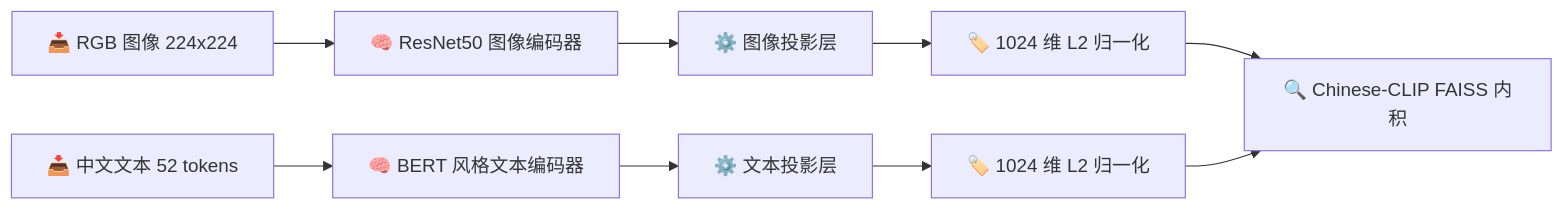
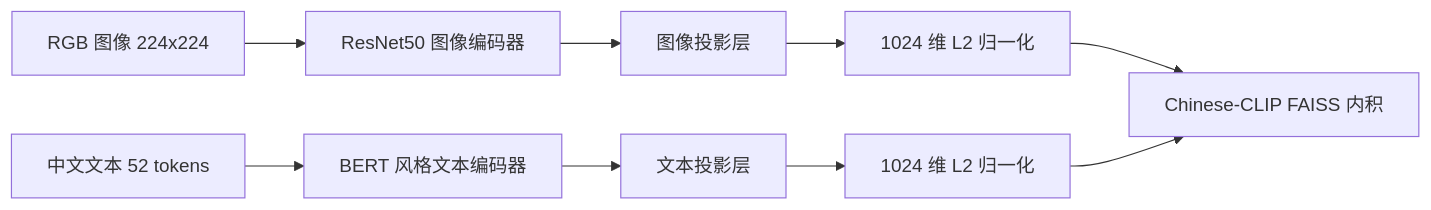
One commit to zhouxzh/Ascend310 changed the fifth of 7 diagrams in src/experiment/case7.md. Above: the diagram before and after it, drawn with Mermaid. The commit also changed other lines of this file and 105 other files, not shown here.

````diff
--- a/src/experiment/case7.md
+++ b/src/experiment/case7.md
@@ -196,14 +196,14 @@
 ```mermaid
 flowchart LR
     accTitle: Chinese-CLIP 编码结构
     accDescr: Chinese-CLIP RN50 使用 ResNet 图像分支和 BERT 风格中文文本分支，输出 1024 维归一化向量
 
-    image[📥 RGB 图像 224x224] --> rn50[🧠 ResNet50 图像编码器]
-    text[📥 中文文本 52 tokens] --> bert[🧠 BERT 风格文本编码器]
-    rn50 --> image_projection[⚙️ 图像投影层]
-    bert --> text_projection[⚙️ 文本投影层]
-    image_projection --> image_vector[🏷️ 1024 维 L2 归一化]
-    text_projection --> text_vector[🏷️ 1024 维 L2 归一化]
-    image_vector --> similarity[🔍 Chinese-CLIP FAISS 内积]
+    image[RGB 图像 224x224] --> rn50[ResNet50 图像编码器]
+    text[中文文本 52 tokens] --> bert[BERT 风格文本编码器]
+    rn50 --> image_projection[图像投影层]
+    bert --> text_projection[文本投影层]
+    image_projection --> image_vector[1024 维 L2 归一化]
+    text_projection --> text_vector[1024 维 L2 归一化]
+    image_vector --> similarity[Chinese-CLIP FAISS 内积]
     text_vector --> similarity
 ```
````
